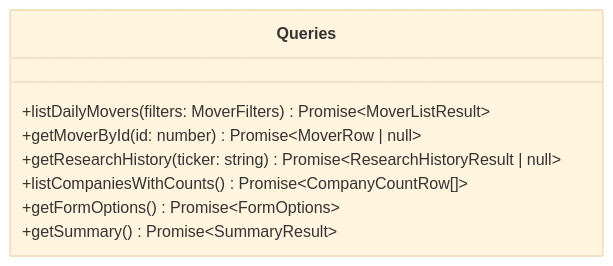
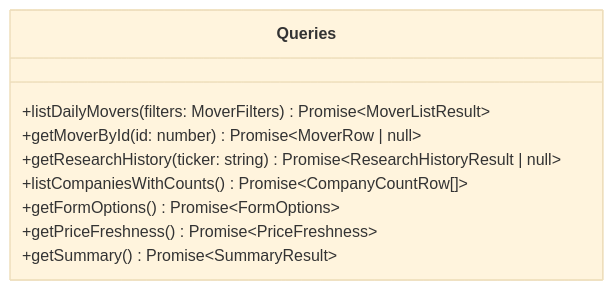
Before and after one commit to Vitti-Capital-Tech/daily-movers-dashboard: the fourth of 5 diagrams in docs/LLD.md, drawn with Mermaid (base theme). The commit also changed other lines of this file and 20 other files, not shown here.

````diff
--- a/docs/LLD.md
+++ b/docs/LLD.md
@@ -378,11 +378,12 @@
 ```mermaid
 classDiagram
     class Queries {
         +listDailyMovers(filters: MoverFilters) Promise~MoverListResult~
         +getMoverById(id: number) Promise~MoverRow | null~
         +getResearchHistory(ticker: string) Promise~ResearchHistoryResult | null~
         +listCompaniesWithCounts() Promise~CompanyCountRow[]~
         +getFormOptions() Promise~FormOptions~
+        +getPriceFreshness() Promise~PriceFreshness~
         +getSummary() Promise~SummaryResult~
     }
 ```
````
